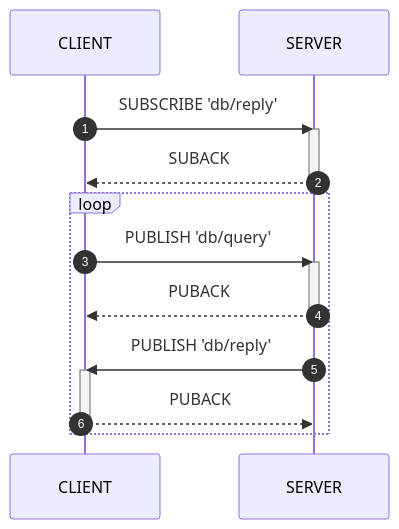
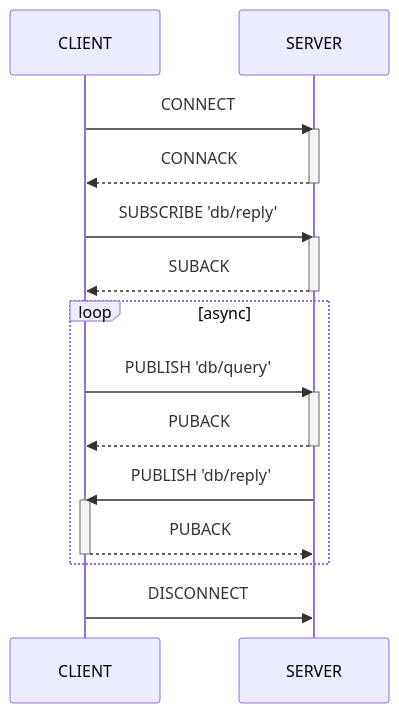
Before and after one commit to machbase/machbase: the third of 3 diagrams in content/en/neo/api-mqtt/query.md, drawn with Mermaid. The commit also changed 7 other files, not shown here.

````diff
--- a/content/en/neo/api-mqtt/query.md
+++ b/content/en/neo/api-mqtt/query.md
@@ -41,21 +41,26 @@
 ```mermaid
 sequenceDiagram
-    autonumber
+    CLIENT->> SERVER: CONNECT
+    activate SERVER
+    SERVER -->> CLIENT: CONNACK
+    deactivate SERVER
 
     CLIENT ->> SERVER: SUBSCRIBE 'db/reply'
     activate SERVER
     SERVER -->> CLIENT: SUBACK
     deactivate SERVER
 
-    loop
+    loop async
         CLIENT ->> SERVER: PUBLISH 'db/query'
         activate SERVER
         SERVER -->> CLIENT: PUBACK
         deactivate SERVER
 
         SERVER ->> CLIENT: PUBLISH 'db/reply'
         activate CLIENT
         CLIENT -->> SERVER: PUBACK
         deactivate CLIENT
     end
+
+    CLIENT->> SERVER: DISCONNECT
 ```
````
